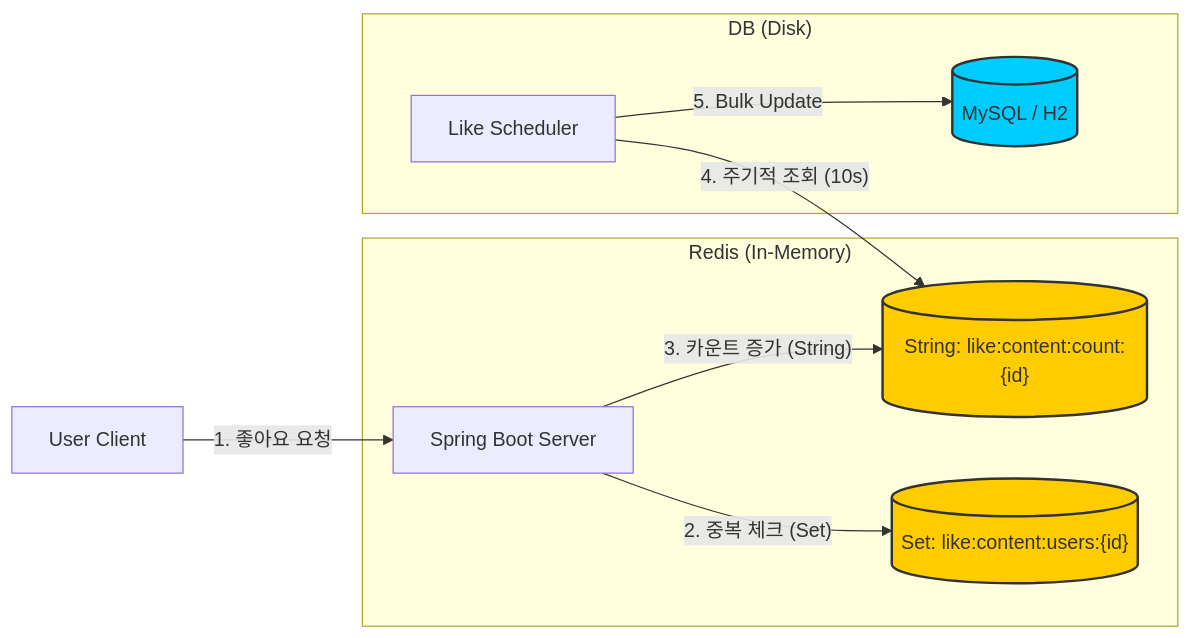
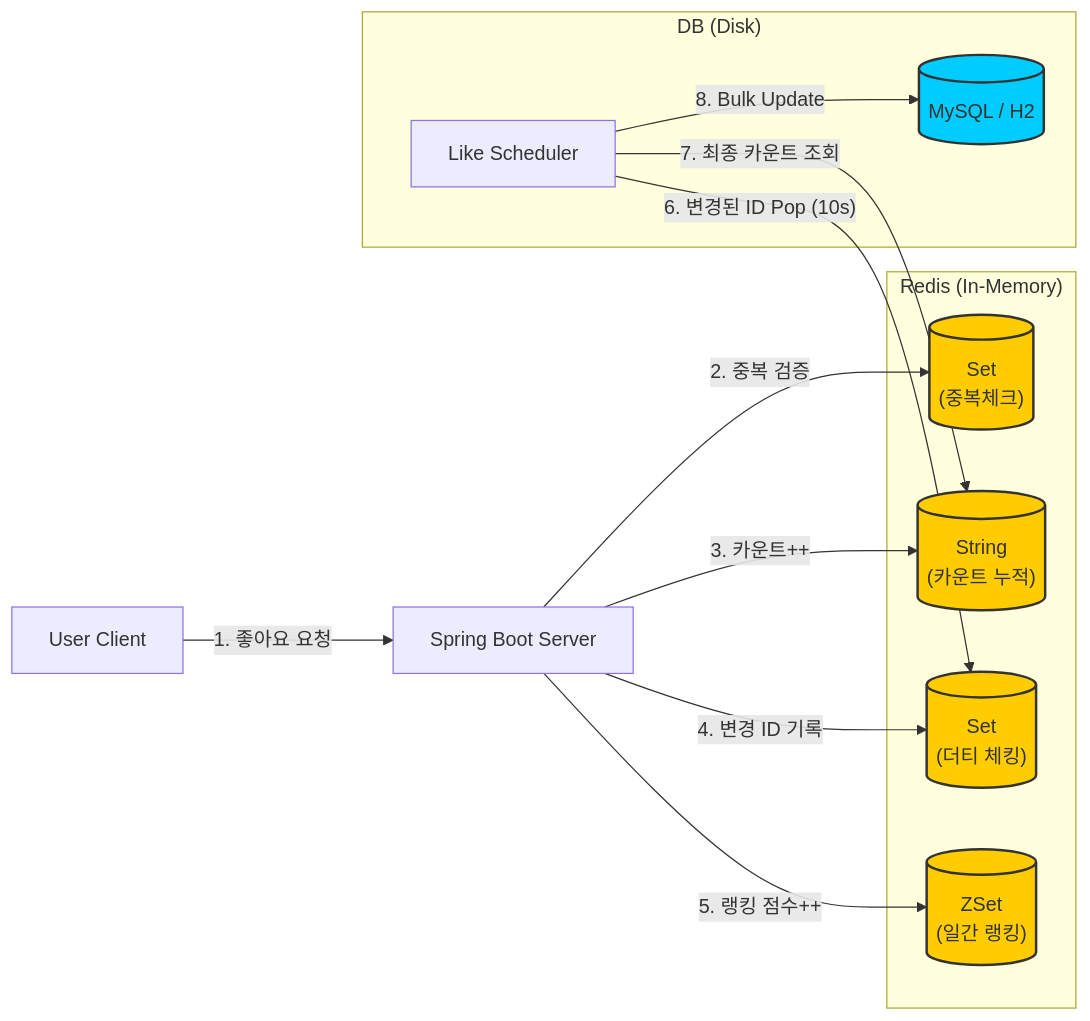
Before and after one commit to gototheTK/platform: the second of 2 diagrams in README.md, drawn with Mermaid. The commit also changed other lines of this file, not shown here.

````diff
--- a/README.md
+++ b/README.md
@@ -93,18 +103,28 @@
 ```mermaid
 flowchart LR
     User[User Client] -->|"1. 좋아요 요청"| Server[Spring Boot Server]
     
     subgraph "Redis (In-Memory)"
-    Server -->|"2. 중복 체크 (Set)"| RedisSet[("Set: like:content:users:{id}")]
-    Server -->|"3. 카운트 증가 (String)"| RedisCount[("String: like:content:count:{id}")]
+        RedisSet[("Set\n(중복체크)")]
+        RedisCount[("String\n(카운트 누적)")]
+        RedisDirty[("Set\n(더티 체킹)")]
+        RedisZSet[("ZSet\n(일간 랭킹)")]
     end
     
+    Server -->|"2. 중복 검증"| RedisSet
+    Server -->|"3. 카운트++"| RedisCount
+    Server -->|"4. 변경 ID 기록"| RedisDirty
+    Server -->|"5. 랭킹 점수++"| RedisZSet
+    
     subgraph "DB (Disk)"
-    Scheduler[Like Scheduler] -->|"4. 주기적 조회 (10s)"| RedisCount
-    Scheduler -->|"5. Bulk Update"| DB[(MySQL / H2)]
+        Scheduler[Like Scheduler] -->|"6. 변경된 ID Pop (10s)"| RedisDirty
+        Scheduler -->|"7. 최종 카운트 조회"| RedisCount
+        Scheduler -->|"8. Bulk Update"| DB[(MySQL / H2)]
     end
 
     style RedisSet fill:#ffcc00,stroke:#333,stroke-width:2px
     style RedisCount fill:#ffcc00,stroke:#333,stroke-width:2px
+    style RedisDirty fill:#ffcc00,stroke:#333,stroke-width:2px
+    style RedisZSet fill:#ffcc00,stroke:#333,stroke-width:2px
     style DB fill:#00ccff,stroke:#333,stroke-width:2px
 ```
````
